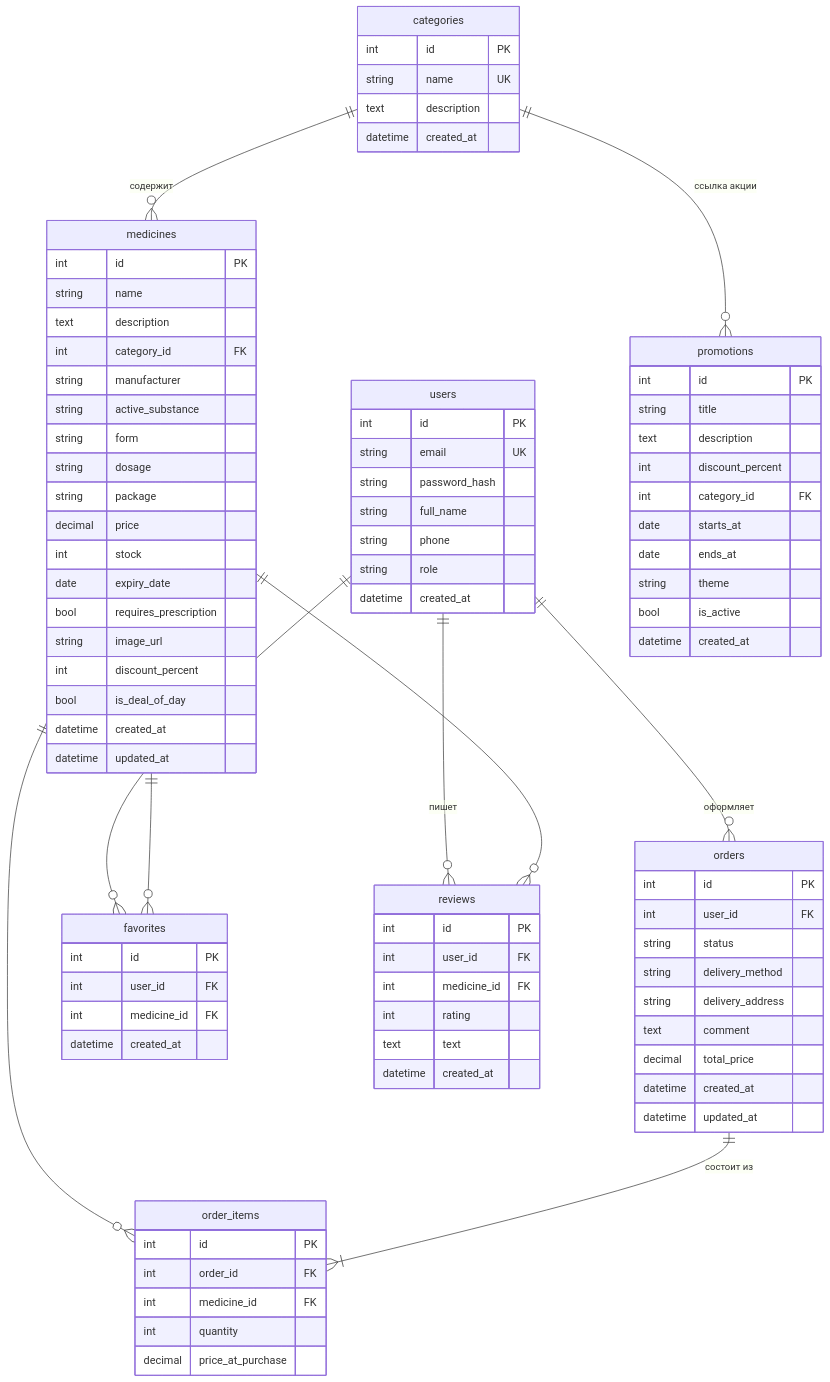
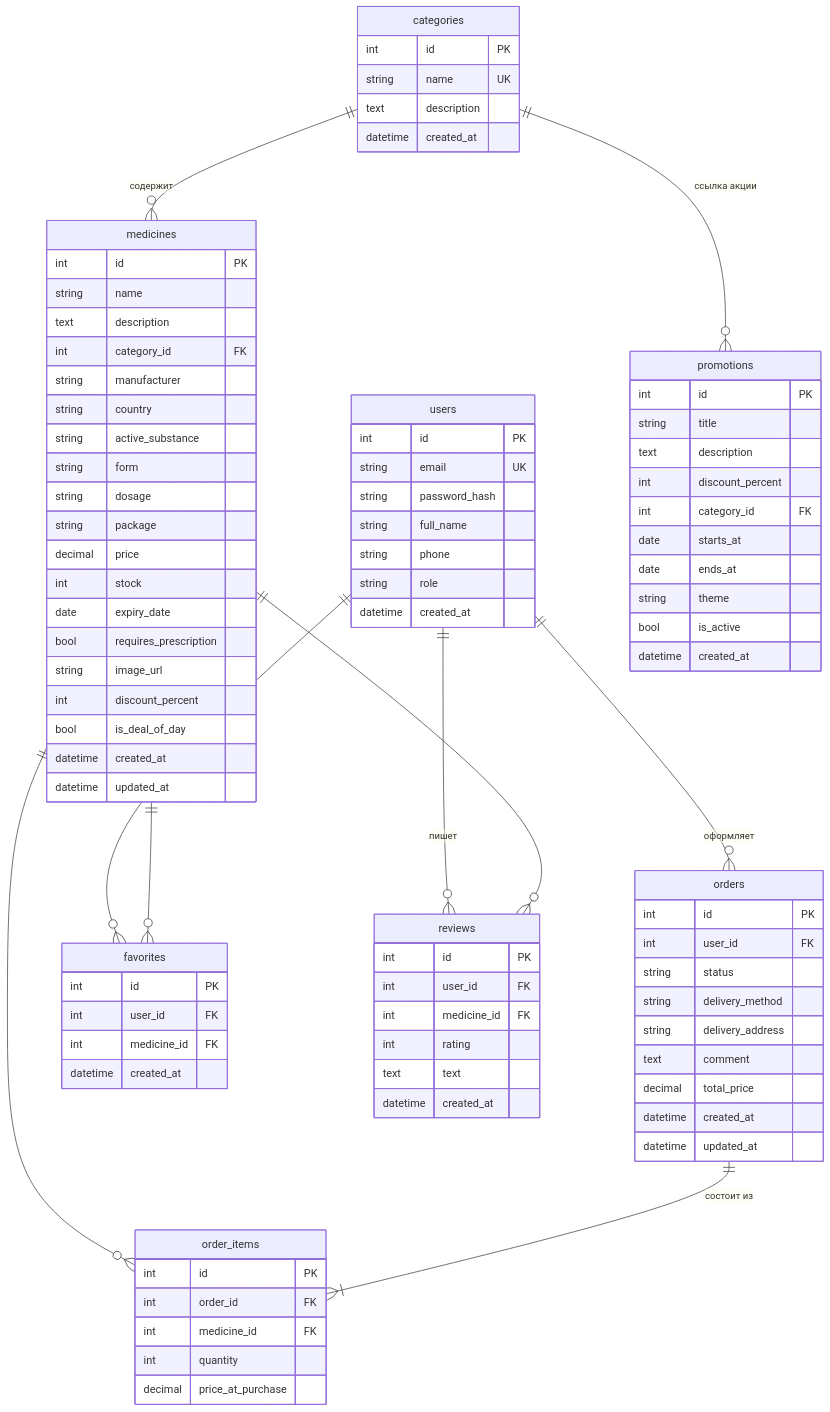
One commit to furqatnasridinov/pharmasy changed the second of 2 diagrams in README.md. Above: the diagram before and after it, drawn with Mermaid. The commit also changed other lines of this file and 67 other files, not shown here.

```diff
--- a/README.md
+++ b/README.md
@@ -165,6 +166,7 @@
         text description
         int category_id FK
         string manufacturer
+        string country
         string active_substance
         string form
         string dosage
```
